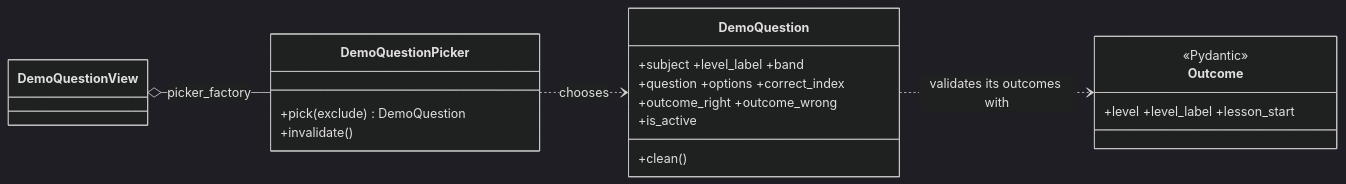
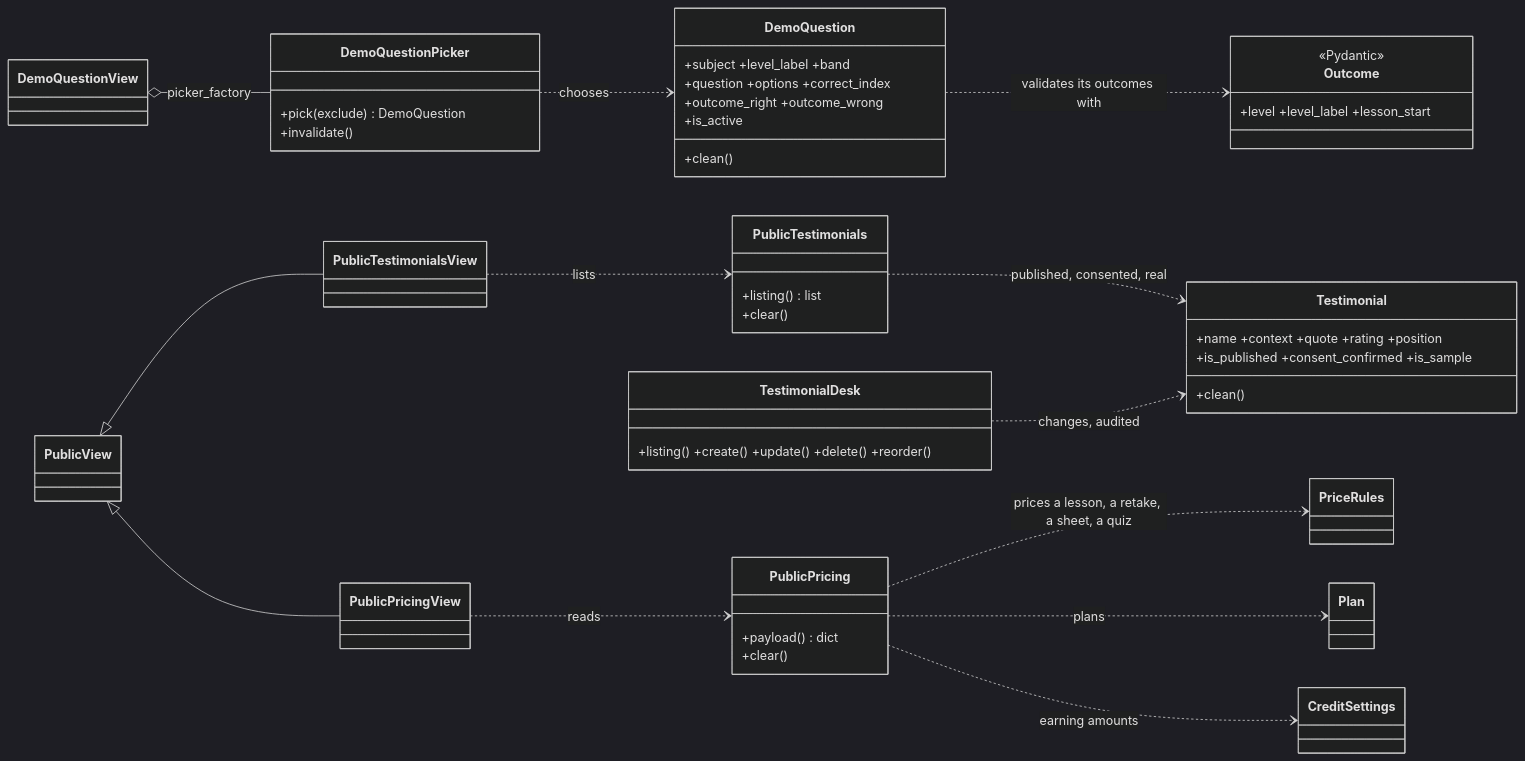
Before and after one commit to Satyamkumarjha4/Intelilearn: diagram 19 of 39 in docs/architecture/design.md, drawn with Mermaid (dark theme). The commit also changed other lines of this file and 8 other files, not shown here.

First line of the commit message:
docs: the landing page, public endpoints, Testimonial and the console Testimonials screen

````diff
--- a/docs/architecture/design.md
+++ b/docs/architecture/design.md
@@ -1706,23 +1706,51 @@
 ```mermaid
 classDiagram
     direction LR
     class DemoQuestion {
         +subject +level_label +band
         +question +options +correct_index
         +outcome_right +outcome_wrong
         +is_active
         +clean()
     }
     class Outcome {
         <<Pydantic>>
         +level +level_label +lesson_start
     }
     class DemoQuestionPicker {
         +pick(exclude) DemoQuestion
         +invalidate()
     }
     class DemoQuestionView
+    class Testimonial {
+        +name +context +quote +rating +position
+        +is_published +consent_confirmed +is_sample
+        +clean()
+    }
+    class PublicTestimonials {
+        +listing() list
+        +clear()
+    }
+    class PublicPricing {
+        +payload() dict
+        +clear()
+    }
+    class PublicView
+    class PublicTestimonialsView
+    class PublicPricingView
+    class TestimonialDesk {
+        +listing() +create() +update() +delete() +reorder()
+    }
     DemoQuestion ..> Outcome : validates its outcomes with
     DemoQuestionPicker ..> DemoQuestion : chooses
     DemoQuestionView o-- DemoQuestionPicker : picker_factory
+    PublicView <|-- PublicTestimonialsView
+    PublicView <|-- PublicPricingView
+    PublicTestimonialsView ..> PublicTestimonials : lists
+    PublicTestimonials ..> Testimonial : published, consented, real
+    PublicPricingView ..> PublicPricing : reads
+    PublicPricing ..> PriceRules : prices a lesson, a retake, a sheet, a quiz
+    PublicPricing ..> Plan : plans
+    PublicPricing ..> CreditSettings : earning amounts
+    TestimonialDesk ..> Testimonial : changes, audited
 ```
````
